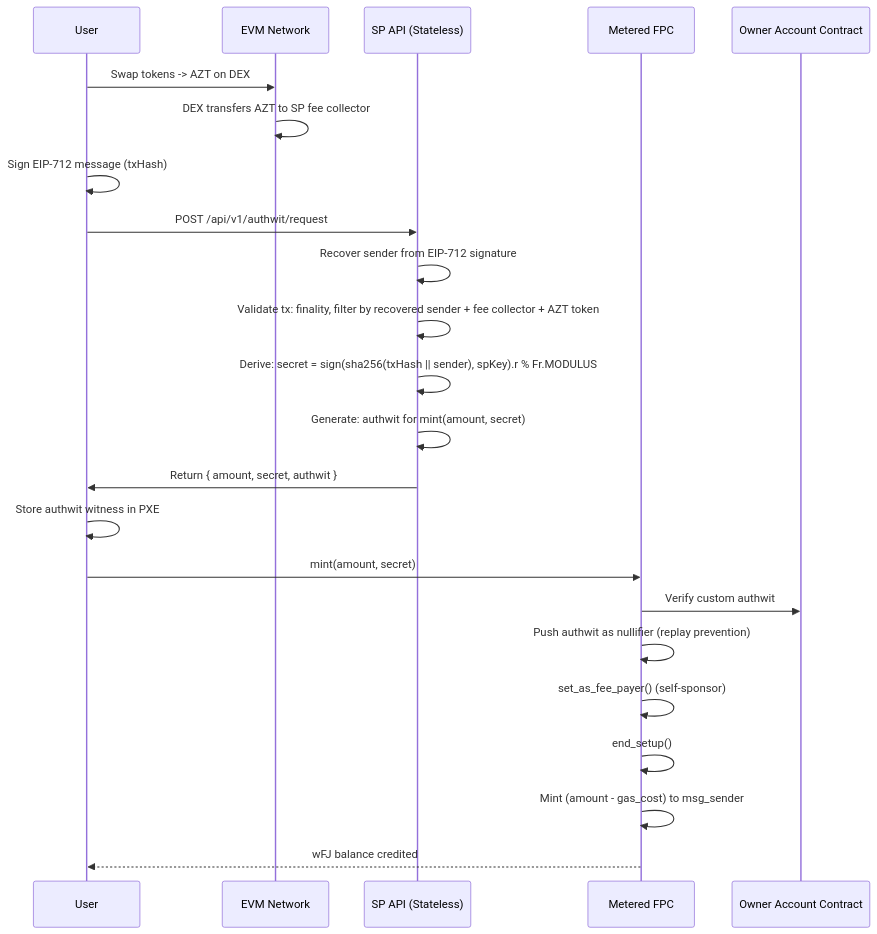
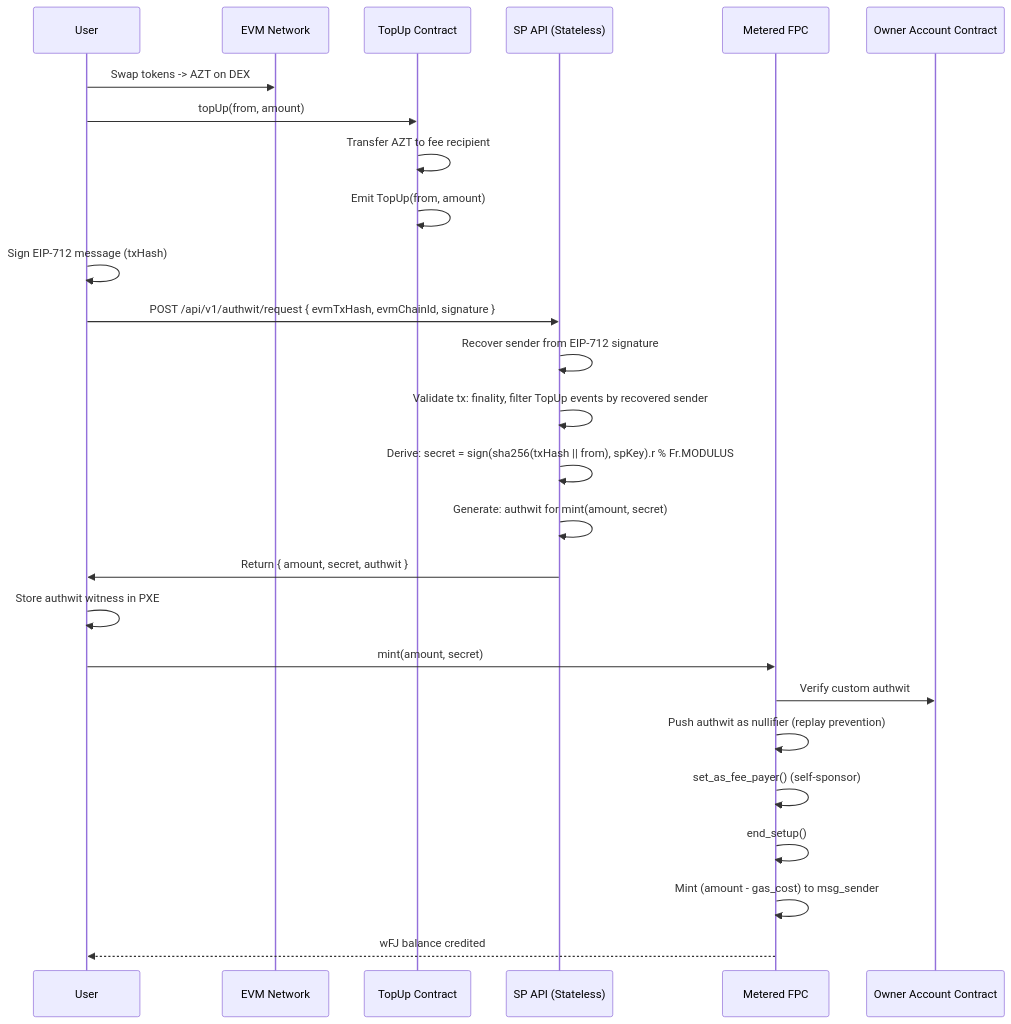
Before and after one commit to defi-wonderland/aztec-fee-payment: the third of 3 diagrams in docs/Fee Payment Contract (FPC) — Product Requirements.md, drawn with Mermaid. The commit also changed other lines of this file, not shown here.

````diff
--- a/docs/Fee Payment Contract (FPC) — Product Requirements.md
+++ b/docs/Fee Payment Contract (FPC) — Product Requirements.md
@@ -521,28 +526,31 @@
 ```mermaid
 sequenceDiagram
     participant User
     participant EVM as EVM Network
+    participant TopUp as TopUp Contract
     participant API as SP API (Stateless)
     participant FPC as Metered FPC
     participant OAC as Owner Account Contract
 
     User->>EVM: Swap tokens -> AZT on DEX
-    EVM->>EVM: DEX transfers AZT to SP fee collector
+    User->>TopUp: topUp(from, amount)
+    TopUp->>TopUp: Transfer AZT to fee recipient
+    TopUp->>TopUp: Emit TopUp(from, amount)
     User->>User: Sign EIP-712 message (txHash)
-    User->>API: POST /api/v1/authwit/request
+    User->>API: POST /api/v1/authwit/request { evmTxHash, evmChainId, signature }
 
     API->>API: Recover sender from EIP-712 signature
-    API->>API: Validate tx: finality, filter by recovered sender + fee collector + AZT token
-    API->>API: Derive: secret = sign(sha256(txHash || sender), spKey).r % Fr.MODULUS
+    API->>API: Validate tx: finality, filter TopUp events by recovered sender
+    API->>API: Derive: secret = sign(sha256(txHash || from), spKey).r % Fr.MODULUS
     API->>API: Generate: authwit for mint(amount, secret)
     API->>User: Return { amount, secret, authwit }
 
     User->>User: Store authwit witness in PXE
     User->>FPC: mint(amount, secret)
     FPC->>OAC: Verify custom authwit
     FPC->>FPC: Push authwit as nullifier (replay prevention)
     FPC->>FPC: set_as_fee_payer() (self-sponsor)
     FPC->>FPC: end_setup()
     FPC->>FPC: Mint (amount - gas_cost) to msg_sender
     FPC-->>User: wFJ balance credited
 ```
````
